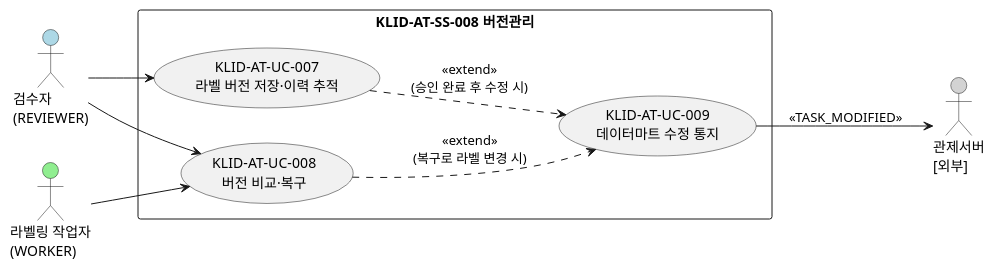
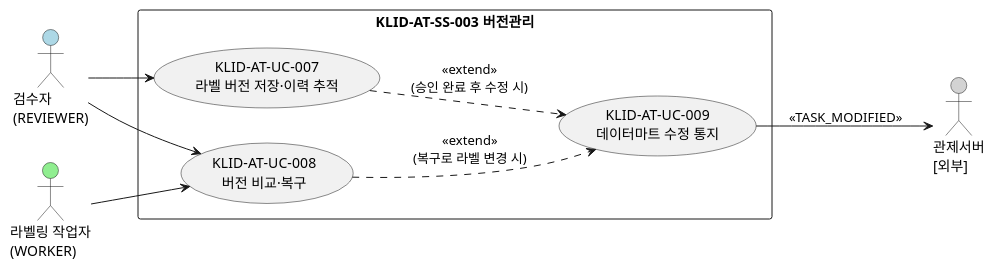
Before and after one commit to New-stella/klid-label: the third of 4 diagrams in docs/design/R2-유스케이스명세서.md, drawn with PlantUML. The commit also changed other lines of this file, not shown here.

````diff
--- a/docs/design/R2-유스케이스명세서.md
+++ b/docs/design/R2-유스케이스명세서.md
@@ -118,23 +114,23 @@
 ```plantuml
 @startuml KLID-AT-UCD-003
 left to right direction
 skinparam packageStyle rectangle
 
 actor "검수자\n(REVIEWER)" as REVIEWER #LightBlue
 actor "라벨링 작업자\n(WORKER)" as WORKER #LightGreen
 actor "관제서버\n[외부]" as CTRL #LightGray
 
-rectangle "KLID-AT-SS-008 버전관리" {
+rectangle "KLID-AT-SS-003 버전관리" {
   usecase "KLID-AT-UC-007\n라벨 버전 저장·이력 추적" as UC007
   usecase "KLID-AT-UC-008\n버전 비교·복구" as UC008
   usecase "KLID-AT-UC-009\n데이터마트 수정 통지" as UC009
 }
 
 REVIEWER --> UC007
 REVIEWER --> UC008
 WORKER --> UC008
 UC007 ..> UC009 : <<extend>>\n(승인 완료 후 수정 시)
 UC008 ..> UC009 : <<extend>>\n(복구로 라벨 변경 시)
 UC009 --> CTRL : <<TASK_MODIFIED>>
 @enduml
 ```
````
